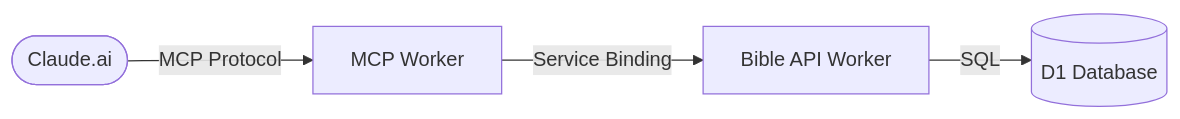
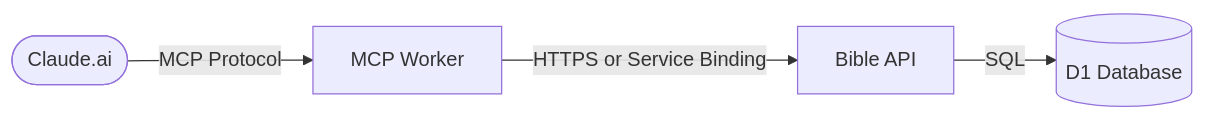
The diagram in README.md (tuxr/bible-mcp), drawn with Mermaid before and after one commit. The commit also changed other lines of this file and 3 other files, not shown here.

First line of the commit message:
Add configurable API connection (service binding or public API)

````diff
--- a/README.md
+++ b/README.md
@@ -80,6 +80,6 @@
 ```mermaid
 graph LR
     Client([Claude.ai]) -->|MCP Protocol| MCP[MCP Worker]
-    MCP -->|Service Binding| API[Bible API Worker]
+    MCP -->|HTTPS or Service Binding| API[Bible API]
     API -->|SQL| D1[(D1 Database)]
 ```
````
